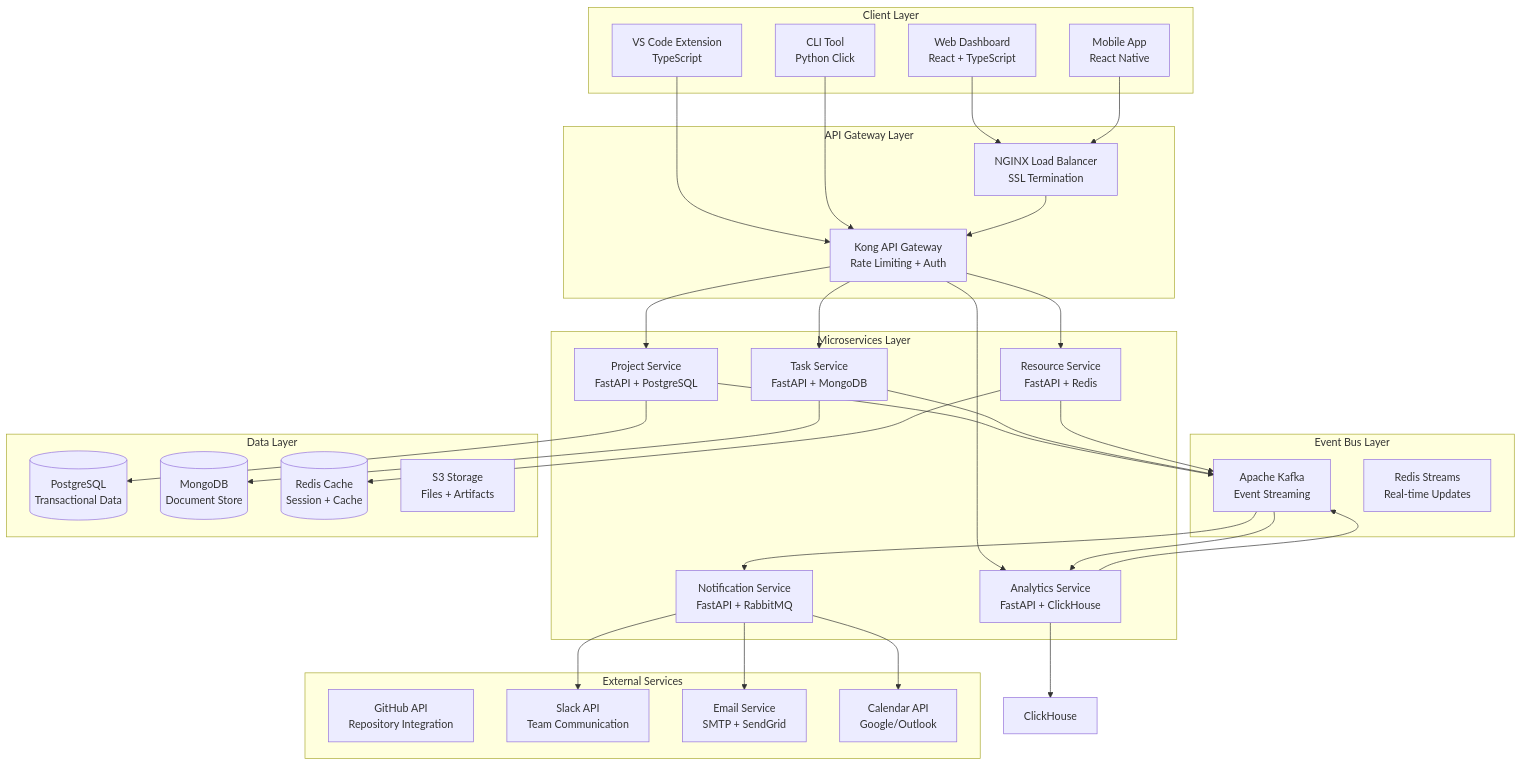
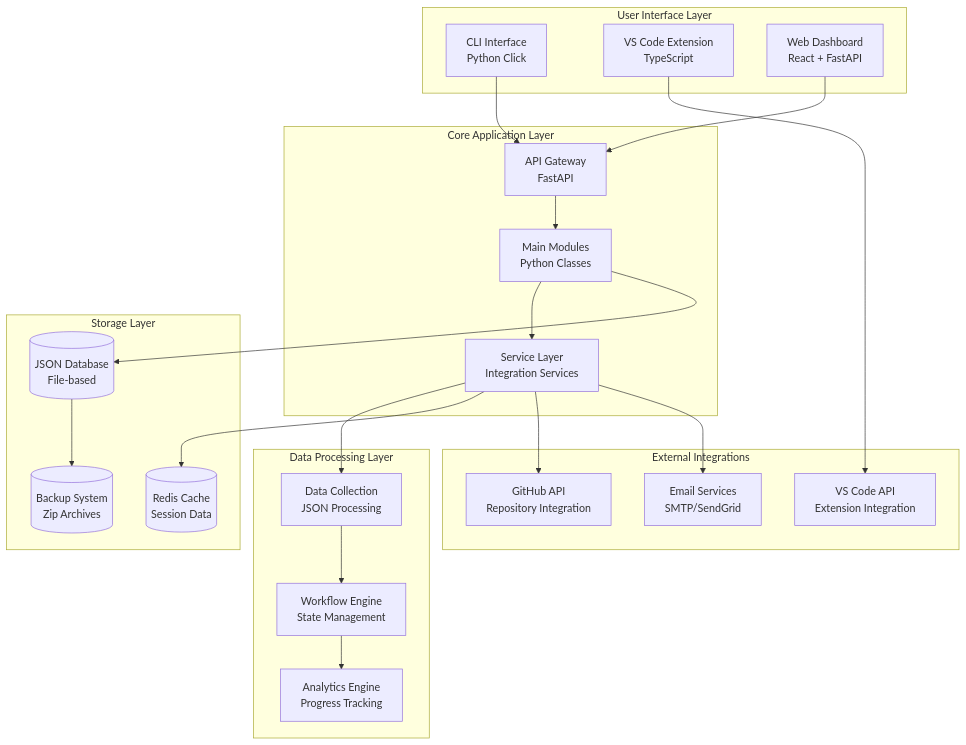
The first of 18 diagrams in Docs/Software_Engineering/Software_Architecture_Document.md (Shakour-Data/AutoProjectManagement), drawn with Mermaid before and after one commit. The commit also changed other lines of this file, not shown here.

````diff
--- a/Docs/Software_Engineering/Software_Architecture_Document.md
+++ b/Docs/Software_Engineering/Software_Architecture_Document.md
@@ -62,69 +62,49 @@
 ```mermaid
 graph TB
-    subgraph "Client Layer"
-        WebUI[Web Dashboard<br/>React + TypeScript]
+    subgraph "User Interface Layer"
+        CLI[CLI Interface<br/>Python Click]
         VSCodeExt[VS Code Extension<br/>TypeScript]
-        CLI[CLI Tool<br/>Python Click]
-        MobileApp[Mobile App<br/>React Native]
+        WebUI[Web Dashboard<br/>React + FastAPI]
     end
     
-    subgraph "API Gateway Layer"
-        APIGateway[Kong API Gateway<br/>Rate Limiting + Auth]
-        LoadBalancer[NGINX Load Balancer<br/>SSL Termination]
+    subgraph "Core Application Layer"
+        APIGateway[API Gateway<br/>FastAPI]
+        MainModules[Main Modules<br/>Python Classes]
+        Services[Service Layer<br/>Integration Services]
     end
     
-    subgraph "Microservices Layer"
-        ProjectMS[Project Service<br/>FastAPI + PostgreSQL]
-        TaskMS[Task Service<br/>FastAPI + MongoDB]
-        ResourceMS[Resource Service<br/>FastAPI + Redis]
-        AnalyticsMS[Analytics Service<br/>FastAPI + ClickHouse]
-        NotificationMS[Notification Service<br/>FastAPI + RabbitMQ]
+    subgraph "Data Processing Layer"
+        DataCollection[Data Collection<br/>JSON Processing]
+        WorkflowEngine[Workflow Engine<br/>State Management]
+        Analytics[Analytics Engine<br/>Progress Tracking]
     end
     
-    subgraph "Event Bus Layer"
-        Kafka[Apache Kafka<br/>Event Streaming]
-        Redis[Redis Streams<br/>Real-time Updates]
+    subgraph "Storage Layer"
+        JSONDB[(JSON Database<br/>File-based)]
+        Cache[(Redis Cache<br/>Session Data)]
+        Backups[(Backup System<br/>Zip Archives)]
     end
     
-    subgraph "Data Layer"
-        PostgreSQL[(PostgreSQL<br/>Transactional Data)]
-        MongoDB[(MongoDB<br/>Document Store)]
-        RedisCache[(Redis Cache<br/>Session + Cache)]
-        S3[S3 Storage<br/>Files + Artifacts]
+    subgraph "External Integrations"
+        GitHub[GitHub API<br/>Repository Integration]
+        VSCodeAPI[VS Code API<br/>Extension Integration]
+        Email[Email Services<br/>SMTP/SendGrid]
     end
     
-    subgraph "External Services"
-        GitHub[GitHub API<br/>Repository Integration]
-        Slack[Slack API<br/>Team Communication]
-        Email[Email Service<br/>SMTP + SendGrid]
-        Calendar[Calendar API<br/>Google/Outlook]
-    end
+    CLI --> APIGateway
+    VSCodeExt --> VSCodeAPI
+    WebUI --> APIGateway
     
-    WebUI --> LoadBalancer
-    VSCodeExt --> APIGateway
-    CLI --> APIGateway
-    MobileApp --> LoadBalancer
+    APIGateway --> MainModules
+    MainModules --> Services
+    Services --> DataCollection
+    DataCollection --> WorkflowEngine
+    WorkflowEngine --> Analytics
     
-    LoadBalancer --> APIGateway
-    APIGateway --> ProjectMS
-    APIGateway --> TaskMS
-    APIGateway --> ResourceMS
-    APIGateway --> AnalyticsMS
+    MainModules --> JSONDB
+    Services --> Cache
+    JSONDB --> Backups
     
-    ProjectMS --> Kafka
-    TaskMS --> Kafka
-    ResourceMS --> Kafka
-    AnalyticsMS --> Kafka
-    
-    Kafka --> NotificationMS
-    Kafka --> AnalyticsMS
-    
-    ProjectMS --> PostgreSQL
-    TaskMS --> MongoDB
-    ResourceMS --> RedisCache
-    AnalyticsMS --> ClickHouse
-    
-    NotificationMS --> Slack
-    NotificationMS --> Email
-    NotificationMS --> Calendar
+    Services --> GitHub
+    Services --> Email
 ```
````
